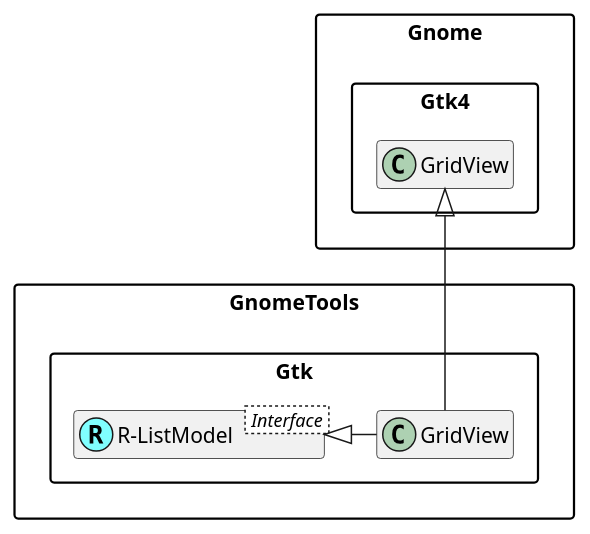
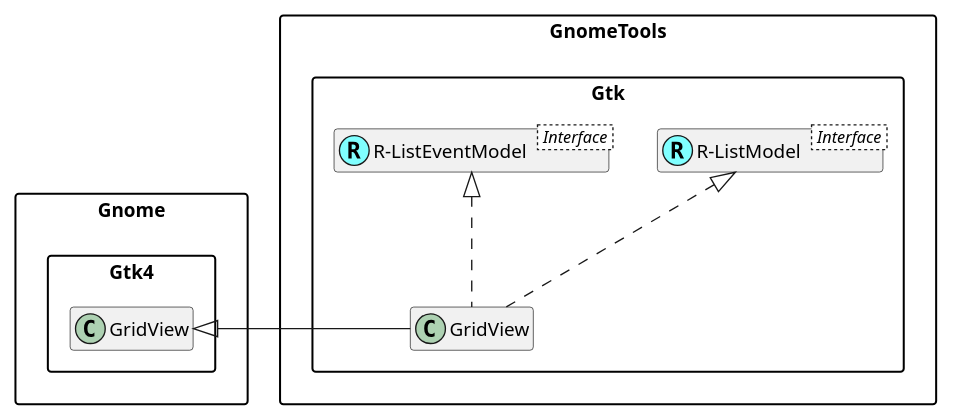
One commit to MARTIMM/GnomeTools changed the third of 5 diagrams in lib/GnomeTools/Gtk/plantuml/ListvView.md. Above: the diagram before and after it, drawn with PlantUML. The commit also changed other lines of this file, not shown here.

````diff
--- a/lib/GnomeTools/Gtk/plantuml/ListvView.md
+++ b/lib/GnomeTools/Gtk/plantuml/ListvView.md
@@ -38,16 +41,19 @@
 ```plantuml
 @startuml
-'scale 0.8
+scale 0.9
 
 skinparam packageStyle rectangle
 skinparam stereotypeCBackgroundColor #80ffff
 set namespaceSeparator ::
-hide members
+hide empty members
 
 Interface GnomeTools::Gtk::R-ListModel < Interface >
+Interface GnomeTools::Gtk::R-ListEventModel < Interface >
 class GnomeTools::Gtk::R-ListModel <<(R,#80ffff)>>
+class GnomeTools::Gtk::R-ListEventModel <<(R,#80ffff)>>
 
-"GnomeTools::Gtk::R-ListModel" <|- "GnomeTools::Gtk::GridView"
-"Gnome::Gtk4::GridView" <|-- "GnomeTools::Gtk::GridView"
+"GnomeTools::Gtk::R-ListModel" <|.. "GnomeTools::Gtk::GridView"
+"GnomeTools::Gtk::R-ListEventModel" <|.. "GnomeTools::Gtk::GridView"
+"Gnome::Gtk4::GridView" <|- "GnomeTools::Gtk::GridView"
 @enduml
 ```
````
